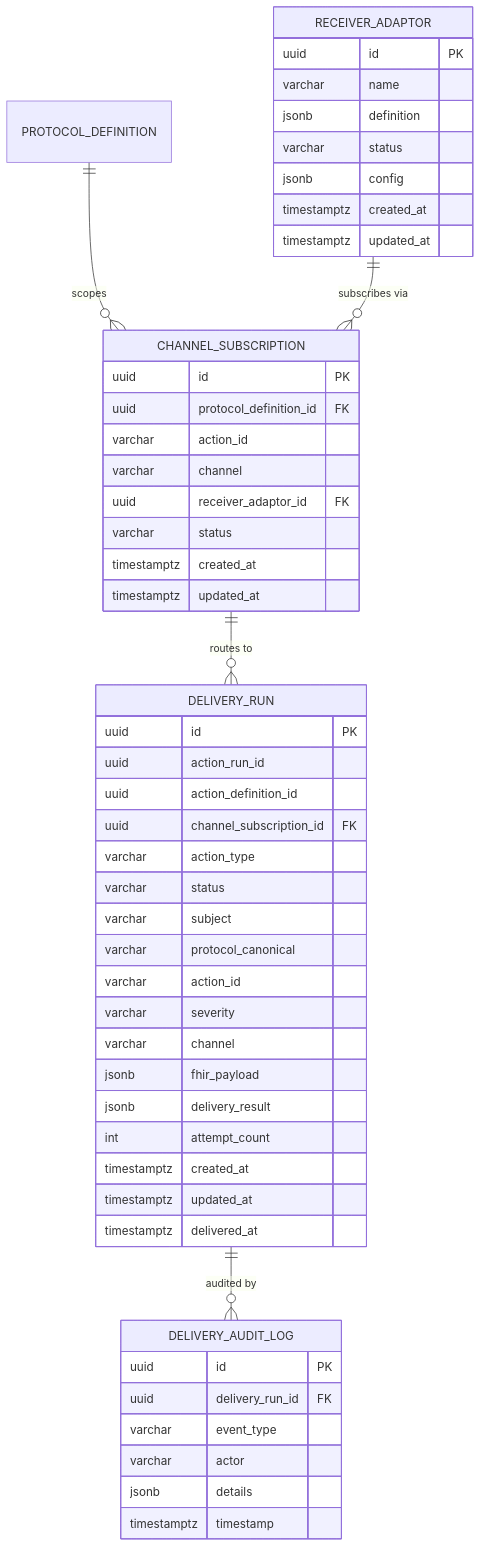
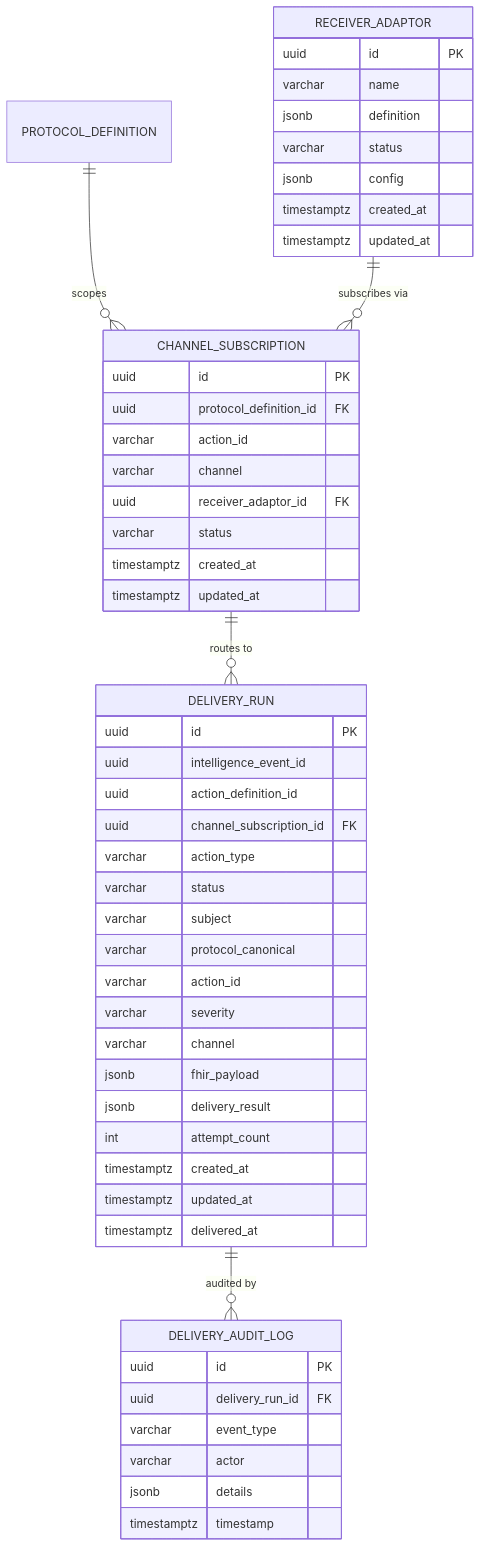
Before and after one commit to Jayaprakash8887/cce-intelligence-service: the diagram in docs/data-dictionary.md, drawn with Mermaid. The commit also changed other lines of this file and 5 other files, not shown here.

Commit message:
Update documentation to reflect changes in delivery_run and intelligence_event terminology

````diff
--- a/docs/data-dictionary.md
+++ b/docs/data-dictionary.md
@@ -27,57 +27,57 @@
 ```mermaid
 erDiagram
     PROTOCOL_DEFINITION ||--o{ CHANNEL_SUBSCRIPTION : "scopes"
     RECEIVER_ADAPTOR ||--o{ CHANNEL_SUBSCRIPTION : "subscribes via"
     CHANNEL_SUBSCRIPTION ||--o{ DELIVERY_RUN : "routes to"
     DELIVERY_RUN ||--o{ DELIVERY_AUDIT_LOG : "audited by"
 
     RECEIVER_ADAPTOR {
         uuid id PK
         varchar name
         jsonb definition
         varchar status
         jsonb config
         timestamptz created_at
         timestamptz updated_at
     }
 
     CHANNEL_SUBSCRIPTION {
         uuid id PK
         uuid protocol_definition_id FK
         varchar action_id
         varchar channel
         uuid receiver_adaptor_id FK
         varchar status
         timestamptz created_at
         timestamptz updated_at
     }
 
     DELIVERY_RUN {
         uuid id PK
-        uuid action_run_id
+        uuid intelligence_event_id
         uuid action_definition_id
         uuid channel_subscription_id FK
         varchar action_type
         varchar status
         varchar subject
         varchar protocol_canonical
         varchar action_id
         varchar severity
         varchar channel
         jsonb fhir_payload
         jsonb delivery_result
         int attempt_count
         timestamptz created_at
         timestamptz updated_at
         timestamptz delivered_at
     }
 
     DELIVERY_AUDIT_LOG {
         uuid id PK
         uuid delivery_run_id FK
         varchar event_type
         varchar actor
         jsonb details
         timestamptz timestamp
     }
 ```
````
